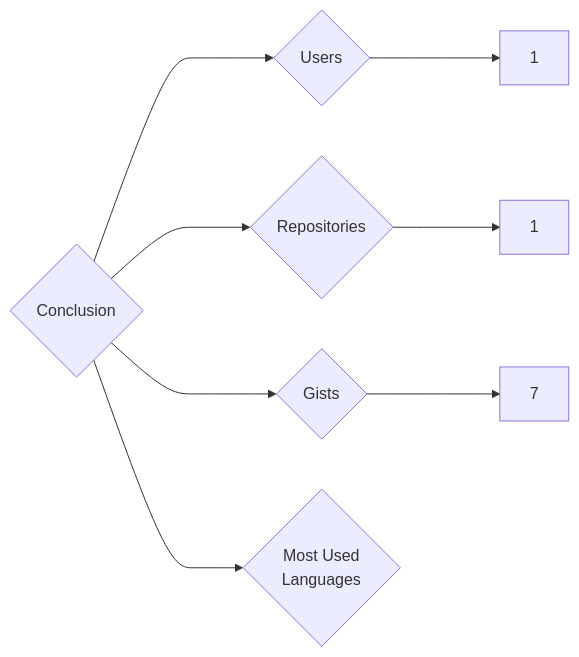
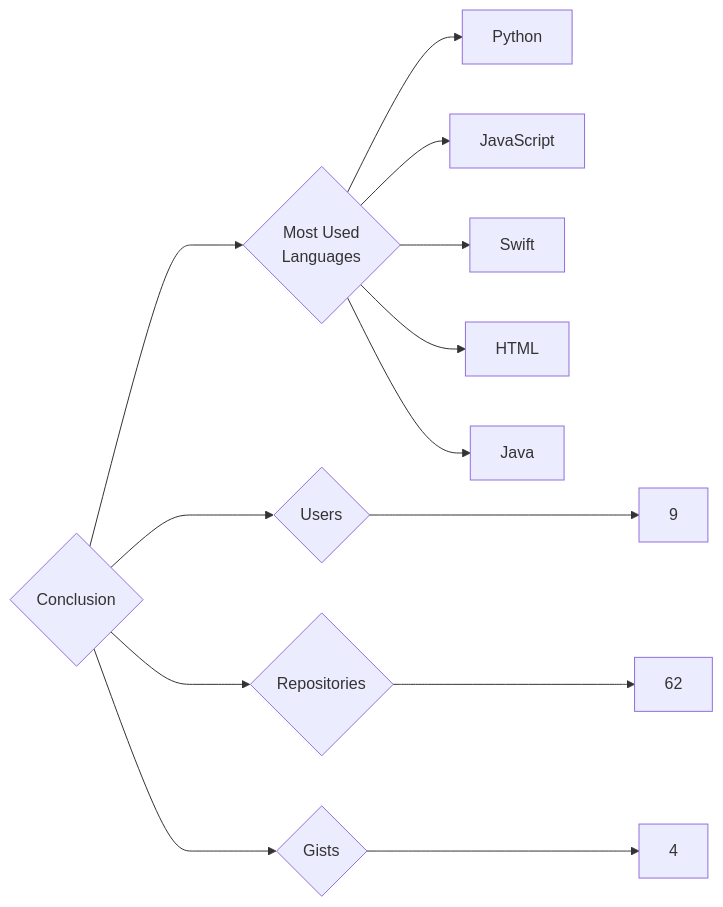
Before and after one commit to trickest/insiders: the diagram in targets/Conclusion/README.md, drawn with Mermaid. The commit also changed 1314 other files, not shown here.

````diff
--- a/targets/Conclusion/README.md
+++ b/targets/Conclusion/README.md
@@ -3,8 +3,13 @@
 ```mermaid
 graph LR
 COMPANY_NAME{Conclusion}
-COMPANY_NAME ---> U{Users} ---> UN[1]
-COMPANY_NAME ---> R{Repositories} ---> RN[1]
-COMPANY_NAME ---> G{Gists} ---> GN[7]
+COMPANY_NAME ---> U{Users} ---> UN[9]
+COMPANY_NAME ---> R{Repositories} ---> RN[62]
+COMPANY_NAME ---> G{Gists} ---> GN[4]
 COMPANY_NAME ---> ML{Most Used<br>Languages}
+ML --> Python[Python]
+ML --> JavaScript[JavaScript]
+ML --> Swift[Swift]
+ML --> HTML[HTML]
+ML --> Java[Java]
 ```
````
